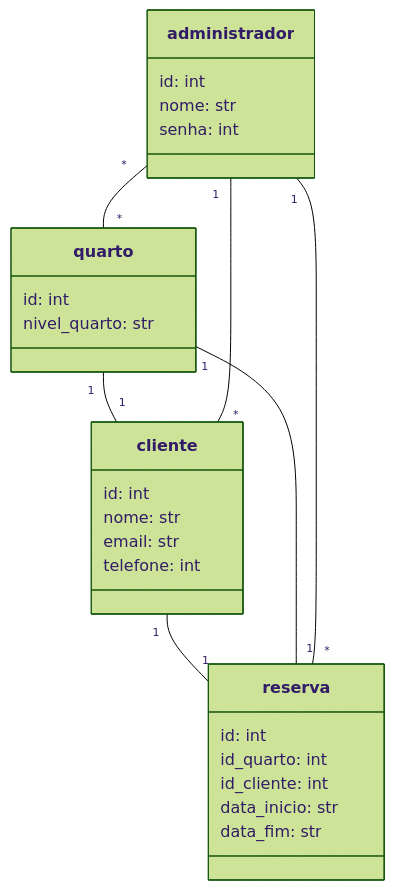
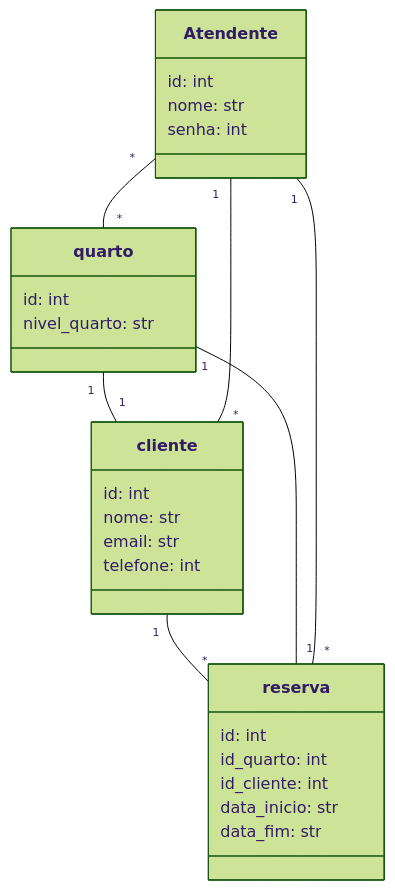
Before and after one commit to tatielynobre/Hotel-pt2: the diagram in README.md, drawn with Mermaid (forest theme). The commit also changed 3 other files, not shown here.

````diff
--- a/README.md
+++ b/README.md
@@ -1,32 +1,32 @@
 ```mermaid
 classDiagram
     class reserva{
     id: int
     id_quarto: int
     id_cliente: int
     data_inicio: str
     data_fim: str
 }
 class quarto{
     id: int
     nivel_quarto: str    
 }
 class cliente{
     id: int
     nome: str
     email: str
     telefone: int
 }
-class administrador{
+class Atendente{
     id: int
     nome: str
     senha: int
 }
-cliente "1"--"1"reserva
+cliente "1"--"*"reserva
 quarto "1"--"1" reserva
 quarto "1"--"1" cliente
-administrador "1"--"*" cliente
-administrador "1"--"*" reserva
-administrador "*"--"*" quarto
+Atendente "1"--"*" cliente
+Atendente "1"--"*" reserva
+Atendente "*"--"*" quarto
 
 ```
````
